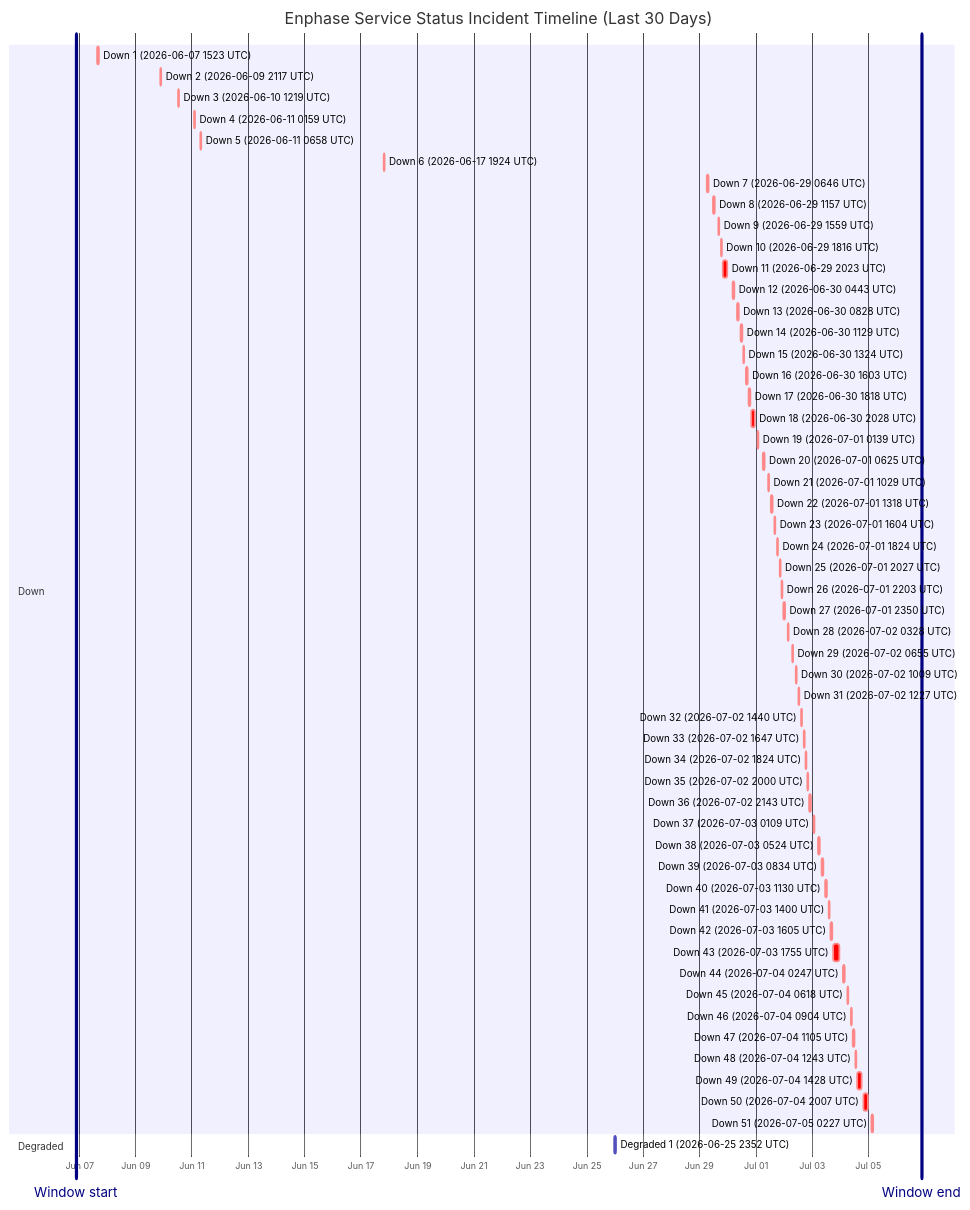
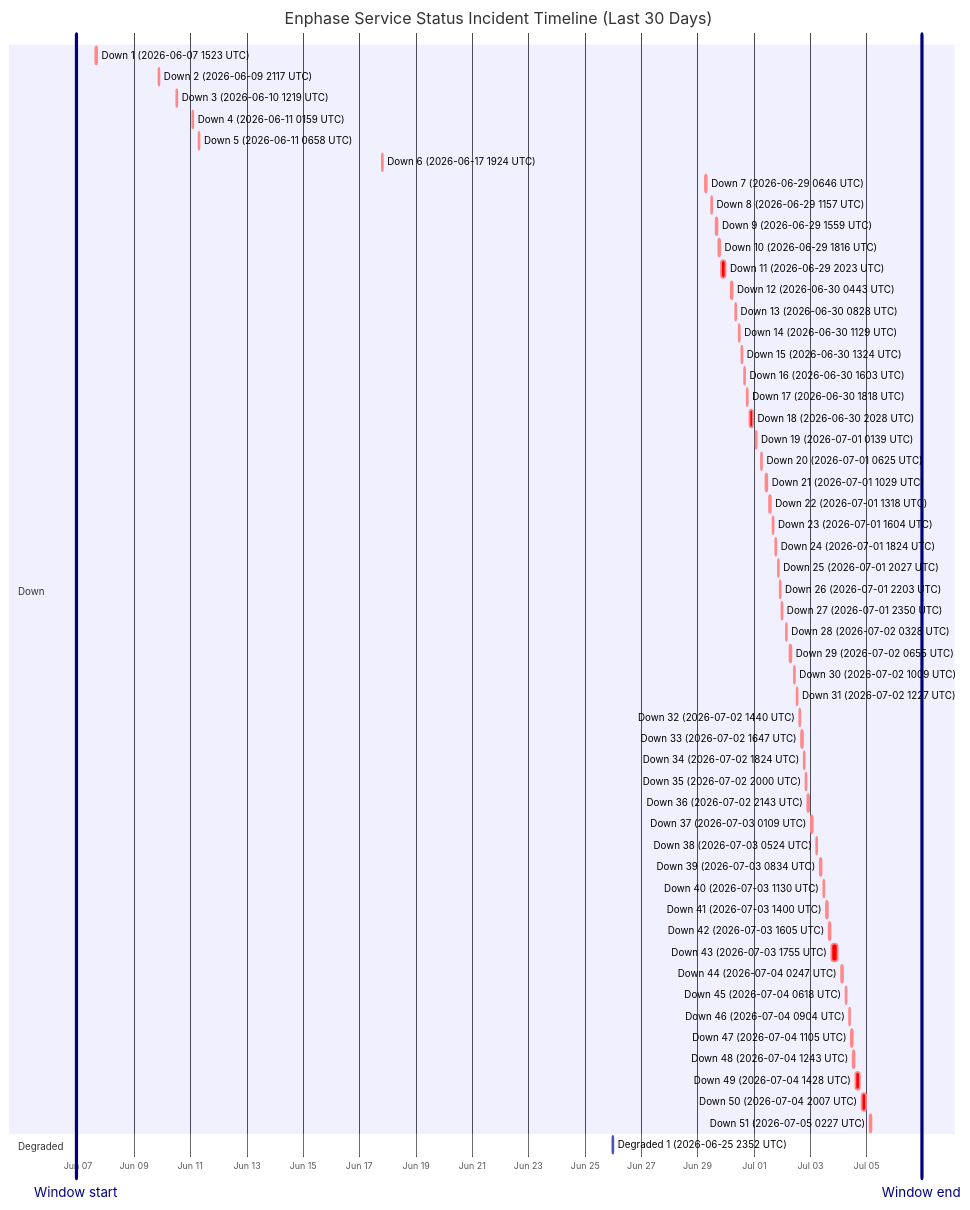
The diagram in wiki/Service-Status-History.md (barneyonline/ha-enphase-energy), drawn with Mermaid before and after one commit. The commit also changed other lines of this file and 3 other files, not shown here.

````diff
--- a/wiki/Service-Status-History.md
+++ b/wiki/Service-Status-History.md
@@ -14,62 +14,62 @@
 ```mermaid
 gantt
     title Enphase Service Status Incident Timeline (Last 30 Days)
     dateFormat  YYYY-MM-DDTHH:mm:ss
     axisFormat  %b %d
-    Window start :vert, window-start, 2026-06-06T21:09:44, 0ms
-    Window end :vert, window-end, 2026-07-06T21:09:44, 0ms
+    Window start :vert, window-start, 2026-06-06T22:45:31, 0ms
+    Window end :vert, window-end, 2026-07-06T22:45:31, 0ms
     section Down
     Down 1 (2026-06-07 1523 UTC) :crit, down-1, 2026-06-07T15:23:22, 87m
     Down 2 (2026-06-09 2117 UTC) :crit, down-2, 2026-06-09T21:17:17, 60m
     Down 3 (2026-06-10 1219 UTC) :crit, down-3, 2026-06-10T12:19:21, 60m
     Down 4 (2026-06-11 0159 UTC) :crit, down-4, 2026-06-11T01:59:36, 60m
     Down 5 (2026-06-11 0658 UTC) :crit, down-5, 2026-06-11T06:58:45, 60m
     Down 6 (2026-06-17 1924 UTC) :crit, down-6, 2026-06-17T19:24:51, 60m
     Down 7 (2026-06-29 0646 UTC) :crit, down-7, 2026-06-29T06:46:18, 60m
     Down 8 (2026-06-29 1157 UTC) :crit, down-8, 2026-06-29T11:57:36, 60m
     Down 9 (2026-06-29 1559 UTC) :crit, down-9, 2026-06-29T15:59:02, 60m
     Down 10 (2026-06-29 1816 UTC) :crit, down-10, 2026-06-29T18:16:38, 60m
     Down 11 (2026-06-29 2023 UTC) :crit, down-11, 2026-06-29T20:23:16, 220m
     Down 12 (2026-06-30 0443 UTC) :crit, down-12, 2026-06-30T04:43:54, 60m
     Down 13 (2026-06-30 0828 UTC) :crit, down-13, 2026-06-30T08:28:43, 60m
     Down 14 (2026-06-30 1129 UTC) :crit, down-14, 2026-06-30T11:29:15, 60m
     Down 15 (2026-06-30 1324 UTC) :crit, down-15, 2026-06-30T13:24:25, 60m
     Down 16 (2026-06-30 1603 UTC) :crit, down-16, 2026-06-30T16:03:26, 60m
     Down 17 (2026-06-30 1818 UTC) :crit, down-17, 2026-06-30T18:18:39, 60m
     Down 18 (2026-06-30 2028 UTC) :crit, down-18, 2026-06-30T20:28:54, 171m
     Down 19 (2026-07-01 0139 UTC) :crit, down-19, 2026-07-01T01:39:18, 60m
     Down 20 (2026-07-01 0625 UTC) :crit, down-20, 2026-07-01T06:25:35, 60m
     Down 21 (2026-07-01 1029 UTC) :crit, down-21, 2026-07-01T10:29:24, 60m
     Down 22 (2026-07-01 1318 UTC) :crit, down-22, 2026-07-01T13:18:31, 60m
     Down 23 (2026-07-01 1604 UTC) :crit, down-23, 2026-07-01T16:04:29, 60m
     Down 24 (2026-07-01 1824 UTC) :crit, down-24, 2026-07-01T18:24:21, 60m
     Down 25 (2026-07-01 2027 UTC) :crit, down-25, 2026-07-01T20:27:17, 60m
     Down 26 (2026-07-01 2203 UTC) :crit, down-26, 2026-07-01T22:03:46, 60m
     Down 27 (2026-07-01 2350 UTC) :crit, down-27, 2026-07-01T23:50:52, 60m
     Down 28 (2026-07-02 0328 UTC) :crit, down-28, 2026-07-02T03:28:33, 60m
     Down 29 (2026-07-02 0655 UTC) :crit, down-29, 2026-07-02T06:55:07, 60m
     Down 30 (2026-07-02 1009 UTC) :crit, down-30, 2026-07-02T10:09:15, 60m
     Down 31 (2026-07-02 1227 UTC) :crit, down-31, 2026-07-02T12:27:49, 60m
     Down 32 (2026-07-02 1440 UTC) :crit, down-32, 2026-07-02T14:40:53, 60m
     Down 33 (2026-07-02 1647 UTC) :crit, down-33, 2026-07-02T16:47:47, 60m
     Down 34 (2026-07-02 1824 UTC) :crit, down-34, 2026-07-02T18:24:26, 60m
     Down 35 (2026-07-02 2000 UTC) :crit, down-35, 2026-07-02T20:00:57, 60m
     Down 36 (2026-07-02 2143 UTC) :crit, down-36, 2026-07-02T21:43:52, 80m
     Down 37 (2026-07-03 0109 UTC) :crit, down-37, 2026-07-03T01:09:19, 60m
     Down 38 (2026-07-03 0524 UTC) :crit, down-38, 2026-07-03T05:24:23, 60m
     Down 39 (2026-07-03 0834 UTC) :crit, down-39, 2026-07-03T08:34:05, 60m
     Down 40 (2026-07-03 1130 UTC) :crit, down-40, 2026-07-03T11:30:41, 60m
     Down 41 (2026-07-03 1400 UTC) :crit, down-41, 2026-07-03T14:00:48, 60m
     Down 42 (2026-07-03 1605 UTC) :crit, down-42, 2026-07-03T16:05:49, 60m
     Down 43 (2026-07-03 1755 UTC) :crit, down-43, 2026-07-03T17:55:54, 338m
     Down 44 (2026-07-04 0247 UTC) :crit, down-44, 2026-07-04T02:47:22, 60m
     Down 45 (2026-07-04 0618 UTC) :crit, down-45, 2026-07-04T06:18:09, 60m
     Down 46 (2026-07-04 0904 UTC) :crit, down-46, 2026-07-04T09:04:41, 60m
     Down 47 (2026-07-04 1105 UTC) :crit, down-47, 2026-07-04T11:05:21, 60m
     Down 48 (2026-07-04 1243 UTC) :crit, down-48, 2026-07-04T12:43:25, 60m
     Down 49 (2026-07-04 1428 UTC) :crit, down-49, 2026-07-04T14:28:07, 243m
     Down 50 (2026-07-04 2007 UTC) :crit, down-50, 2026-07-04T20:07:50, 206m
     Down 51 (2026-07-05 0227 UTC) :crit, down-51, 2026-07-05T02:27:32, 109m
     section Degraded
     Degraded 1 (2026-06-25 2352 UTC) :active, degraded-1, 2026-06-25T23:52:01, 60m
 ```
````
